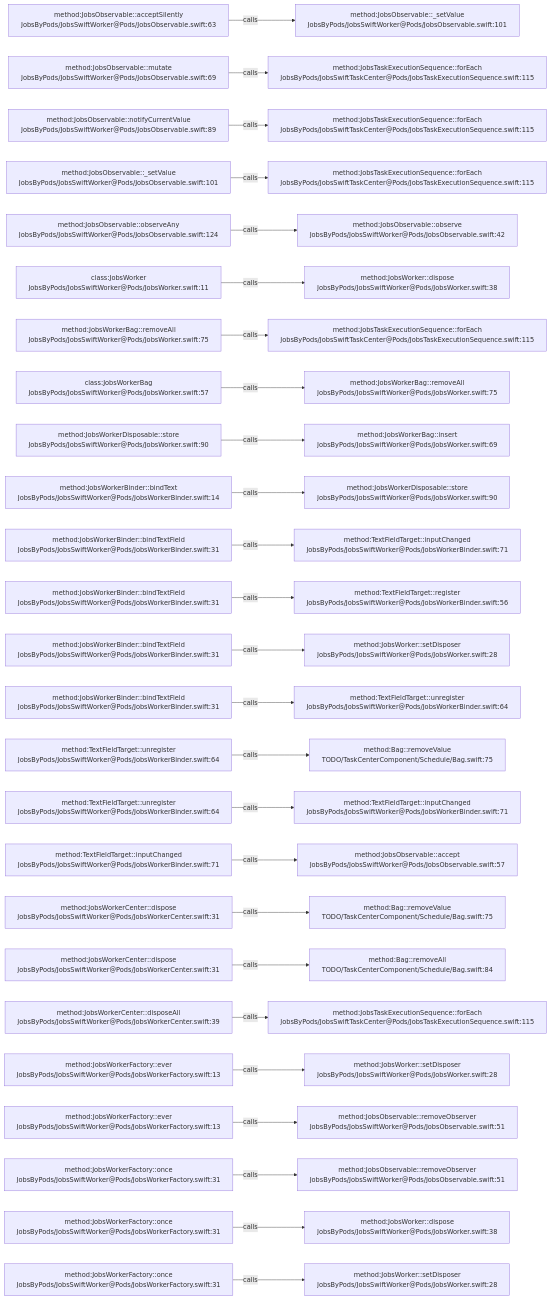
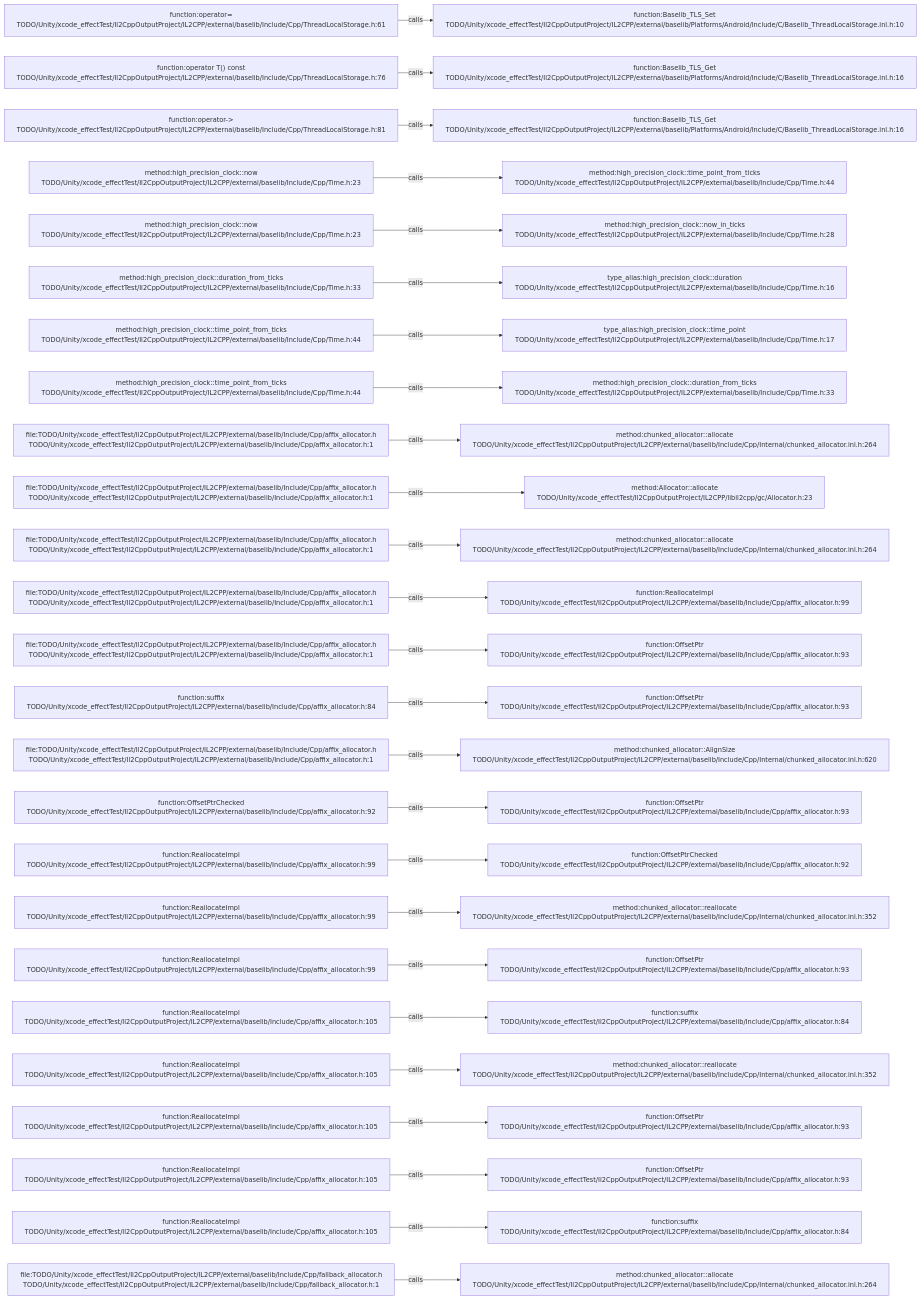
The diagram in .codegraph/codegraph.md/graphs/calls-069.md (JobsKits/JobsSwiftBaseConfigDemo), drawn with Mermaid before and after one commit. The commit also changed 227 other files, not shown here.

````diff
--- a/.codegraph/codegraph.md/graphs/calls-069.md
+++ b/.codegraph/codegraph.md/graphs/calls-069.md
@@ -13,78 +13,78 @@
 ```mermaid
 flowchart LR
-  S1["method:JobsObservable::acceptSilently<br/>JobsByPods/JobsSwiftWorker@Pods/JobsObservable.swift:63"]
-  T1["method:JobsObservable::_setValue<br/>JobsByPods/JobsSwiftWorker@Pods/JobsObservable.swift:101"]
+  S1["function:operator=<br/>TODO/Unity/xcode_effectTest/Il2CppOutputProject/IL2CPP/external/baselib/Include/Cpp/ThreadLocalStorage.h:61"]
+  T1["function:Baselib_TLS_Set<br/>TODO/Unity/xcode_effectTest/Il2CppOutputProject/IL2CPP/external/baselib/Platforms/Android/Include/C/Baselib_ThreadLocalStorage.inl.h:10"]
   S1 -->|calls| T1
-  S2["method:JobsObservable::mutate<br/>JobsByPods/JobsSwiftWorker@Pods/JobsObservable.swift:69"]
-  T2["method:JobsTaskExecutionSequence::forEach<br/>JobsByPods/JobsSwiftTaskCenter@Pods/JobsTaskExecutionSequence.swift:115"]
+  S2["function:operator T() const<br/>TODO/Unity/xcode_effectTest/Il2CppOutputProject/IL2CPP/external/baselib/Include/Cpp/ThreadLocalStorage.h:76"]
+  T2["function:Baselib_TLS_Get<br/>TODO/Unity/xcode_effectTest/Il2CppOutputProject/IL2CPP/external/baselib/Platforms/Android/Include/C/Baselib_ThreadLocalStorage.inl.h:16"]
   S2 -->|calls| T2
-  S3["method:JobsObservable::notifyCurrentValue<br/>JobsByPods/JobsSwiftWorker@Pods/JobsObservable.swift:89"]
-  T3["method:JobsTaskExecutionSequence::forEach<br/>JobsByPods/JobsSwiftTaskCenter@Pods/JobsTaskExecutionSequence.swift:115"]
+  S3["function:operator-><br/>TODO/Unity/xcode_effectTest/Il2CppOutputProject/IL2CPP/external/baselib/Include/Cpp/ThreadLocalStorage.h:81"]
+  T3["function:Baselib_TLS_Get<br/>TODO/Unity/xcode_effectTest/Il2CppOutputProject/IL2CPP/external/baselib/Platforms/Android/Include/C/Baselib_ThreadLocalStorage.inl.h:16"]
   S3 -->|calls| T3
-  S4["method:JobsObservable::_setValue<br/>JobsByPods/JobsSwiftWorker@Pods/JobsObservable.swift:101"]
-  T4["method:JobsTaskExecutionSequence::forEach<br/>JobsByPods/JobsSwiftTaskCenter@Pods/JobsTaskExecutionSequence.swift:115"]
+  S4["method:high_precision_clock::now<br/>TODO/Unity/xcode_effectTest/Il2CppOutputProject/IL2CPP/external/baselib/Include/Cpp/Time.h:23"]
+  T4["method:high_precision_clock::time_point_from_ticks<br/>TODO/Unity/xcode_effectTest/Il2CppOutputProject/IL2CPP/external/baselib/Include/Cpp/Time.h:44"]
   S4 -->|calls| T4
-  S5["method:JobsObservable::observeAny<br/>JobsByPods/JobsSwiftWorker@Pods/JobsObservable.swift:124"]
-  T5["method:JobsObservable::observe<br/>JobsByPods/JobsSwiftWorker@Pods/JobsObservable.swift:42"]
+  S5["method:high_precision_clock::now<br/>TODO/Unity/xcode_effectTest/Il2CppOutputProject/IL2CPP/external/baselib/Include/Cpp/Time.h:23"]
+  T5["method:high_precision_clock::now_in_ticks<br/>TODO/Unity/xcode_effectTest/Il2CppOutputProject/IL2CPP/external/baselib/Include/Cpp/Time.h:28"]
   S5 -->|calls| T5
-  S6["class:JobsWorker<br/>JobsByPods/JobsSwiftWorker@Pods/JobsWorker.swift:11"]
-  T6["method:JobsWorker::dispose<br/>JobsByPods/JobsSwiftWorker@Pods/JobsWorker.swift:38"]
+  S6["method:high_precision_clock::duration_from_ticks<br/>TODO/Unity/xcode_effectTest/Il2CppOutputProject/IL2CPP/external/baselib/Include/Cpp/Time.h:33"]
+  T6["type_alias:high_precision_clock::duration<br/>TODO/Unity/xcode_effectTest/Il2CppOutputProject/IL2CPP/external/baselib/Include/Cpp/Time.h:16"]
   S6 -->|calls| T6
-  S7["method:JobsWorkerBag::removeAll<br/>JobsByPods/JobsSwiftWorker@Pods/JobsWorker.swift:75"]
-  T7["method:JobsTaskExecutionSequence::forEach<br/>JobsByPods/JobsSwiftTaskCenter@Pods/JobsTaskExecutionSequence.swift:115"]
+  S7["method:high_precision_clock::time_point_from_ticks<br/>TODO/Unity/xcode_effectTest/Il2CppOutputProject/IL2CPP/external/baselib/Include/Cpp/Time.h:44"]
+  T7["type_alias:high_precision_clock::time_point<br/>TODO/Unity/xcode_effectTest/Il2CppOutputProject/IL2CPP/external/baselib/Include/Cpp/Time.h:17"]
   S7 -->|calls| T7
-  S8["class:JobsWorkerBag<br/>JobsByPods/JobsSwiftWorker@Pods/JobsWorker.swift:57"]
-  T8["method:JobsWorkerBag::removeAll<br/>JobsByPods/JobsSwiftWorker@Pods/JobsWorker.swift:75"]
+  S8["method:high_precision_clock::time_point_from_ticks<br/>TODO/Unity/xcode_effectTest/Il2CppOutputProject/IL2CPP/external/baselib/Include/Cpp/Time.h:44"]
+  T8["method:high_precision_clock::duration_from_ticks<br/>TODO/Unity/xcode_effectTest/Il2CppOutputProject/IL2CPP/external/baselib/Include/Cpp/Time.h:33"]
   S8 -->|calls| T8
-  S9["method:JobsWorkerDisposable::store<br/>JobsByPods/JobsSwiftWorker@Pods/JobsWorker.swift:90"]
-  T9["method:JobsWorkerBag::insert<br/>JobsByPods/JobsSwiftWorker@Pods/JobsWorker.swift:69"]
+  S9["file:TODO/Unity/xcode_effectTest/Il2CppOutputProject/IL2CPP/external/baselib/Include/Cpp/affix_allocator.h<br/>TODO/Unity/xcode_effectTest/Il2CppOutputProject/IL2CPP/external/baselib/Include/Cpp/affix_allocator.h:1"]
+  T9["method:chunked_allocator::allocate<br/>TODO/Unity/xcode_effectTest/Il2CppOutputProject/IL2CPP/external/baselib/Include/Cpp/Internal/chunked_allocator.inl.h:264"]
   S9 -->|calls| T9
-  S10["method:JobsWorkerBinder::bindText<br/>JobsByPods/JobsSwiftWorker@Pods/JobsWorkerBinder.swift:14"]
-  T10["method:JobsWorkerDisposable::store<br/>JobsByPods/JobsSwiftWorker@Pods/JobsWorker.swift:90"]
+  S10["file:TODO/Unity/xcode_effectTest/Il2CppOutputProject/IL2CPP/external/baselib/Include/Cpp/affix_allocator.h<br/>TODO/Unity/xcode_effectTest/Il2CppOutputProject/IL2CPP/external/baselib/Include/Cpp/affix_allocator.h:1"]
+  T10["method:Allocator::allocate<br/>TODO/Unity/xcode_effectTest/Il2CppOutputProject/IL2CPP/libil2cpp/gc/Allocator.h:23"]
   S10 -->|calls| T10
-  S11["method:JobsWorkerBinder::bindTextField<br/>JobsByPods/JobsSwiftWorker@Pods/JobsWorkerBinder.swift:31"]
-  T11["method:TextFieldTarget::inputChanged<br/>JobsByPods/JobsSwiftWorker@Pods/JobsWorkerBinder.swift:71"]
+  S11["file:TODO/Unity/xcode_effectTest/Il2CppOutputProject/IL2CPP/external/baselib/Include/Cpp/affix_allocator.h<br/>TODO/Unity/xcode_effectTest/Il2CppOutputProject/IL2CPP/external/baselib/Include/Cpp/affix_allocator.h:1"]
+  T11["method:chunked_allocator::allocate<br/>TODO/Unity/xcode_effectTest/Il2CppOutputProject/IL2CPP/external/baselib/Include/Cpp/Internal/chunked_allocator.inl.h:264"]
   S11 -->|calls| T11
-  S12["method:JobsWorkerBinder::bindTextField<br/>JobsByPods/JobsSwiftWorker@Pods/JobsWorkerBinder.swift:31"]
-  T12["method:TextFieldTarget::register<br/>JobsByPods/JobsSwiftWorker@Pods/JobsWorkerBinder.swift:56"]
+  S12["file:TODO/Unity/xcode_effectTest/Il2CppOutputProject/IL2CPP/external/baselib/Include/Cpp/affix_allocator.h<br/>TODO/Unity/xcode_effectTest/Il2CppOutputProject/IL2CPP/external/baselib/Include/Cpp/affix_allocator.h:1"]
+  T12["function:ReallocateImpl<br/>TODO/Unity/xcode_effectTest/Il2CppOutputProject/IL2CPP/external/baselib/Include/Cpp/affix_allocator.h:99"]
   S12 -->|calls| T12
-  S13["method:JobsWorkerBinder::bindTextField<br/>JobsByPods/JobsSwiftWorker@Pods/JobsWorkerBinder.swift:31"]
-  T13["method:JobsWorker::setDisposer<br/>JobsByPods/JobsSwiftWorker@Pods/JobsWorker.swift:28"]
+  S13["file:TODO/Unity/xcode_effectTest/Il2CppOutputProject/IL2CPP/external/baselib/Include/Cpp/affix_allocator.h<br/>TODO/Unity/xcode_effectTest/Il2CppOutputProject/IL2CPP/external/baselib/Include/Cpp/affix_allocator.h:1"]
+  T13["function:OffsetPtr<br/>TODO/Unity/xcode_effectTest/Il2CppOutputProject/IL2CPP/external/baselib/Include/Cpp/affix_allocator.h:93"]
   S13 -->|calls| T13
-  S14["method:JobsWorkerBinder::bindTextField<br/>JobsByPods/JobsSwiftWorker@Pods/JobsWorkerBinder.swift:31"]
-  T14["method:TextFieldTarget::unregister<br/>JobsByPods/JobsSwiftWorker@Pods/JobsWorkerBinder.swift:64"]
+  S14["function:suffix<br/>TODO/Unity/xcode_effectTest/Il2CppOutputProject/IL2CPP/external/baselib/Include/Cpp/affix_allocator.h:84"]
+  T14["function:OffsetPtr<br/>TODO/Unity/xcode_effectTest/Il2CppOutputProject/IL2CPP/external/baselib/Include/Cpp/affix_allocator.h:93"]
   S14 -->|calls| T14
-  S15["method:TextFieldTarget::unregister<br/>JobsByPods/JobsSwiftWorker@Pods/JobsWorkerBinder.swift:64"]
-  T15["method:Bag::removeValue<br/>TODO/TaskCenterComponent/Schedule/Bag.swift:75"]
+  S15["file:TODO/Unity/xcode_effectTest/Il2CppOutputProject/IL2CPP/external/baselib/Include/Cpp/affix_allocator.h<br/>TODO/Unity/xcode_effectTest/Il2CppOutputProject/IL2CPP/external/baselib/Include/Cpp/affix_allocator.h:1"]
+  T15["method:chunked_allocator::AlignSize<br/>TODO/Unity/xcode_effectTest/Il2CppOutputProject/IL2CPP/external/baselib/Include/Cpp/Internal/chunked_allocator.inl.h:620"]
   S15 -->|calls| T15
-  S16["method:TextFieldTarget::unregister<br/>JobsByPods/JobsSwiftWorker@Pods/JobsWorkerBinder.swift:64"]
-  T16["method:TextFieldTarget::inputChanged<br/>JobsByPods/JobsSwiftWorker@Pods/JobsWorkerBinder.swift:71"]
+  S16["function:OffsetPtrChecked<br/>TODO/Unity/xcode_effectTest/Il2CppOutputProject/IL2CPP/external/baselib/Include/Cpp/affix_allocator.h:92"]
+  T16["function:OffsetPtr<br/>TODO/Unity/xcode_effectTest/Il2CppOutputProject/IL2CPP/external/baselib/Include/Cpp/affix_allocator.h:93"]
   S16 -->|calls| T16
-  S17["method:TextFieldTarget::inputChanged<br/>JobsByPods/JobsSwiftWorker@Pods/JobsWorkerBinder.swift:71"]
-  T17["method:JobsObservable::accept<br/>JobsByPods/JobsSwiftWorker@Pods/JobsObservable.swift:57"]
+  S17["function:ReallocateImpl<br/>TODO/Unity/xcode_effectTest/Il2CppOutputProject/IL2CPP/external/baselib/Include/Cpp/affix_allocator.h:99"]
+  T17["function:OffsetPtrChecked<br/>TODO/Unity/xcode_effectTest/Il2CppOutputProject/IL2CPP/external/baselib/Include/Cpp/affix_allocator.h:92"]
   S17 -->|calls| T17
-  S18["method:JobsWorkerCenter::dispose<br/>JobsByPods/JobsSwiftWorker@Pods/JobsWorkerCenter.swift:31"]
-  T18["method:Bag::removeValue<br/>TODO/TaskCenterComponent/Schedule/Bag.swift:75"]
+  S18["function:ReallocateImpl<br/>TODO/Unity/xcode_effectTest/Il2CppOutputProject/IL2CPP/external/baselib/Include/Cpp/affix_allocator.h:99"]
+  T18["method:chunked_allocator::reallocate<br/>TODO/Unity/xcode_effectTest/Il2CppOutputProject/IL2CPP/external/baselib/Include/Cpp/Internal/chunked_allocator.inl.h:352"]
   S18 -->|calls| T18
-  S19["method:JobsWorkerCenter::dispose<br/>JobsByPods/JobsSwiftWorker@Pods/JobsWorkerCenter.swift:31"]
-  T19["method:Bag::removeAll<br/>TODO/TaskCenterComponent/Schedule/Bag.swift:84"]
+  S19["function:ReallocateImpl<br/>TODO/Unity/xcode_effectTest/Il2CppOutputProject/IL2CPP/external/baselib/Include/Cpp/affix_allocator.h:99"]
+  T19["function:OffsetPtr<br/>TODO/Unity/xcode_effectTest/Il2CppOutputProject/IL2CPP/external/baselib/Include/Cpp/affix_allocator.h:93"]
   S19 -->|calls| T19
-  S20["method:JobsWorkerCenter::disposeAll<br/>JobsByPods/JobsSwiftWorker@Pods/JobsWorkerCenter.swift:39"]
-  T20["method:JobsTaskExecutionSequence::forEach<br/>JobsByPods/JobsSwiftTaskCenter@Pods/JobsTaskExecutionSequence.swift:115"]
+  S20["function:ReallocateImpl<br/>TODO/Unity/xcode_effectTest/Il2CppOutputProject/IL2CPP/external/baselib/Include/Cpp/affix_allocator.h:105"]
+  T20["function:suffix<br/>TODO/Unity/xcode_effectTest/Il2CppOutputProject/IL2CPP/external/baselib/Include/Cpp/affix_allocator.h:84"]
   S20 -->|calls| T20
-  S21["method:JobsWorkerFactory::ever<br/>JobsByPods/JobsSwiftWorker@Pods/JobsWorkerFactory.swift:13"]
-  T21["method:JobsWorker::setDisposer<br/>JobsByPods/JobsSwiftWorker@Pods/JobsWorker.swift:28"]
+  S21["function:ReallocateImpl<br/>TODO/Unity/xcode_effectTest/Il2CppOutputProject/IL2CPP/external/baselib/Include/Cpp/affix_allocator.h:105"]
+  T21["method:chunked_allocator::reallocate<br/>TODO/Unity/xcode_effectTest/Il2CppOutputProject/IL2CPP/external/baselib/Include/Cpp/Internal/chunked_allocator.inl.h:352"]
   S21 -->|calls| T21
-  S22["method:JobsWorkerFactory::ever<br/>JobsByPods/JobsSwiftWorker@Pods/JobsWorkerFactory.swift:13"]
-  T22["method:JobsObservable::removeObserver<br/>JobsByPods/JobsSwiftWorker@Pods/JobsObservable.swift:51"]
+  S22["function:ReallocateImpl<br/>TODO/Unity/xcode_effectTest/Il2CppOutputProject/IL2CPP/external/baselib/Include/Cpp/affix_allocator.h:105"]
+  T22["function:OffsetPtr<br/>TODO/Unity/xcode_effectTest/Il2CppOutputProject/IL2CPP/external/baselib/Include/Cpp/affix_allocator.h:93"]
   S22 -->|calls| T22
-  S23["method:JobsWorkerFactory::once<br/>JobsByPods/JobsSwiftWorker@Pods/JobsWorkerFactory.swift:31"]
-  T23["method:JobsObservable::removeObserver<br/>JobsByPods/JobsSwiftWorker@Pods/JobsObservable.swift:51"]
+  S23["function:ReallocateImpl<br/>TODO/Unity/xcode_effectTest/Il2CppOutputProject/IL2CPP/external/baselib/Include/Cpp/affix_allocator.h:105"]
+  T23["function:OffsetPtr<br/>TODO/Unity/xcode_effectTest/Il2CppOutputProject/IL2CPP/external/baselib/Include/Cpp/affix_allocator.h:93"]
   S23 -->|calls| T23
-  S24["method:JobsWorkerFactory::once<br/>JobsByPods/JobsSwiftWorker@Pods/JobsWorkerFactory.swift:31"]
-  T24["method:JobsWorker::dispose<br/>JobsByPods/JobsSwiftWorker@Pods/JobsWorker.swift:38"]
+  S24["function:ReallocateImpl<br/>TODO/Unity/xcode_effectTest/Il2CppOutputProject/IL2CPP/external/baselib/Include/Cpp/affix_allocator.h:105"]
+  T24["function:suffix<br/>TODO/Unity/xcode_effectTest/Il2CppOutputProject/IL2CPP/external/baselib/Include/Cpp/affix_allocator.h:84"]
   S24 -->|calls| T24
-  S25["method:JobsWorkerFactory::once<br/>JobsByPods/JobsSwiftWorker@Pods/JobsWorkerFactory.swift:31"]
-  T25["method:JobsWorker::setDisposer<br/>JobsByPods/JobsSwiftWorker@Pods/JobsWorker.swift:28"]
+  S25["file:TODO/Unity/xcode_effectTest/Il2CppOutputProject/IL2CPP/external/baselib/Include/Cpp/fallback_allocator.h<br/>TODO/Unity/xcode_effectTest/Il2CppOutputProject/IL2CPP/external/baselib/Include/Cpp/fallback_allocator.h:1"]
+  T25["method:chunked_allocator::allocate<br/>TODO/Unity/xcode_effectTest/Il2CppOutputProject/IL2CPP/external/baselib/Include/Cpp/Internal/chunked_allocator.inl.h:264"]
   S25 -->|calls| T25
 ```
````
